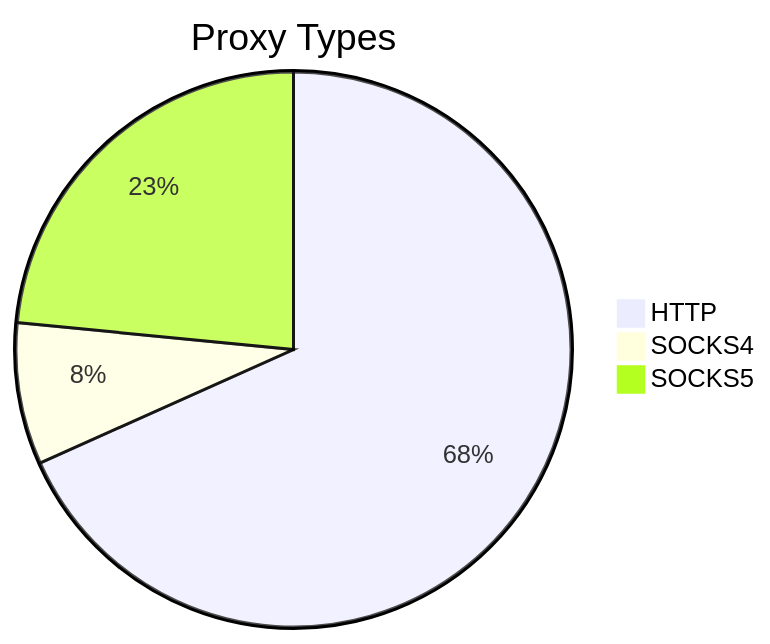
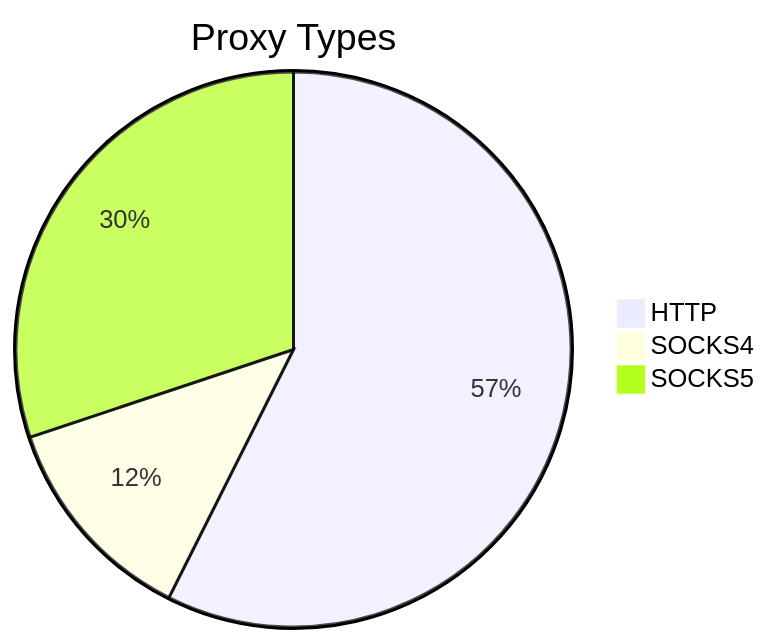
One commit to stormsia/proxy-list changed the first of 2 diagrams in README.md. Above: the diagram before and after it, drawn with Mermaid. The commit also changed other lines of this file, not shown here.

````diff
--- a/README.md
+++ b/README.md
@@ -21,6 +21,6 @@
 ```mermaid
 pie title Proxy Types
-    "HTTP" : 265
-    "SOCKS4" : 32
-    "SOCKS5" : 91
+    "HTTP" : 345
+    "SOCKS4" : 75
+    "SOCKS5" : 181
 ```
````
